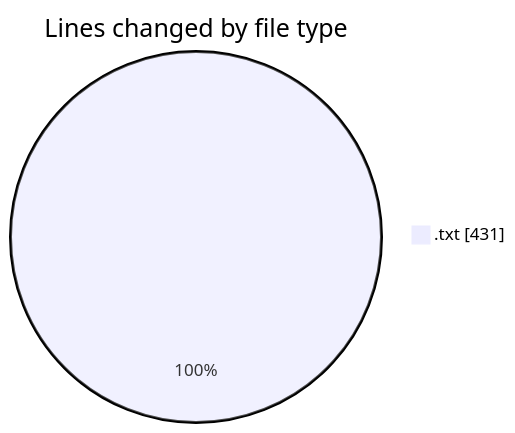
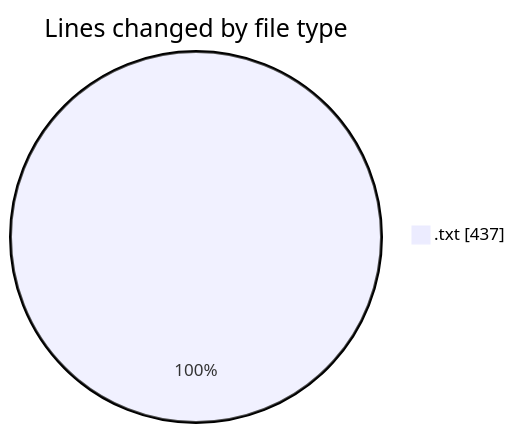
One commit to ricardozamudiocil/code-tracking changed the first of 2 diagrams in 2026-04-21/conjuntodatos/README.md. Above: the diagram before and after it, drawn with Mermaid. The commit also changed other lines of this file and 1 other file, not shown here.

````diff
--- a/2026-04-21/conjuntodatos/README.md
+++ b/2026-04-21/conjuntodatos/README.md
@@ -21,5 +21,5 @@
 ```mermaid
 pie showData
 title Lines changed by file type
-".txt" : 431
+".txt" : 437
 ```
````
